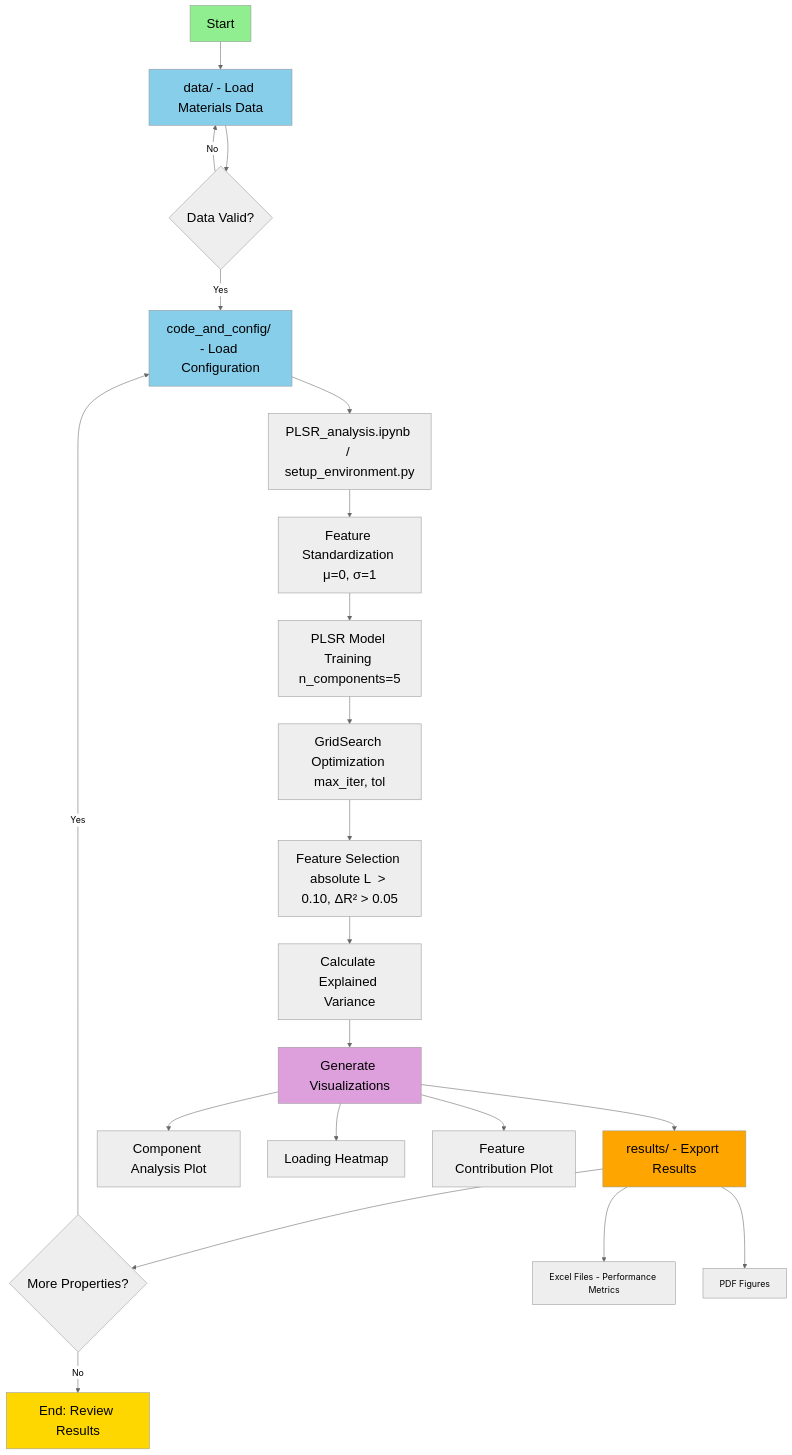
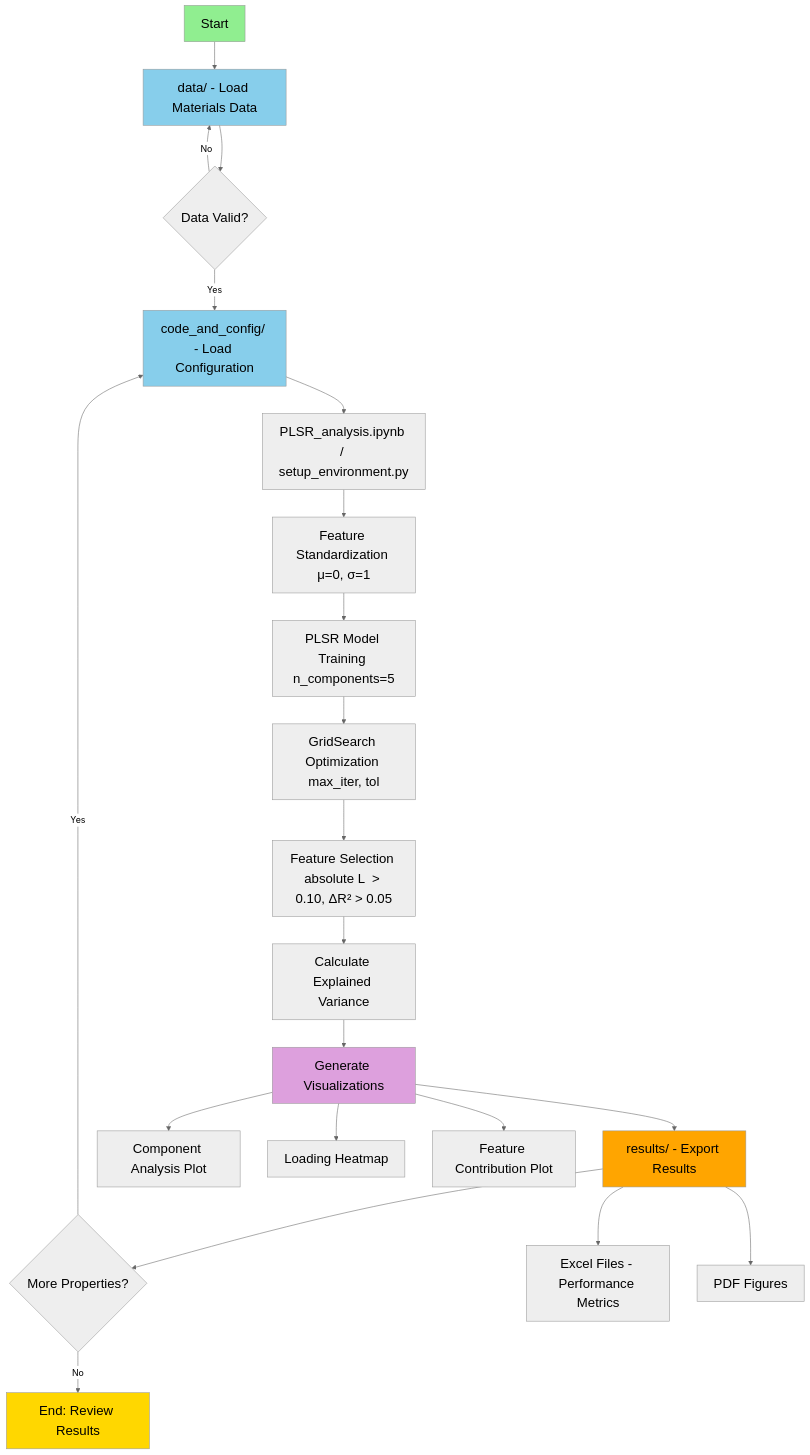
Before and after one commit to Shaswat-qm-researcher/Physics-Informed-Symbolic-Regression-for-Phonon-Related-Property-Prediction-and-Materials-Discovery: the diagram in plsr_feature_selection/README.md, drawn with Mermaid (neutral theme).

````diff
--- a/plsr_feature_selection/README.md
+++ b/plsr_feature_selection/README.md
@@ -24,43 +24,45 @@
 ```mermaid
 flowchart TD
     A[Start] --> B[data/ - Load Materials Data]
     B --> C{Data Valid?}
     C -->|No| B
     C -->|Yes| D[code_and_config/ - Load Configuration]
     D --> E[PLSR_analysis.ipynb / setup_environment.py]
     E --> F[Feature Standardization μ=0, σ=1]
     F --> G[PLSR Model Training n_components=5]
     G --> H[GridSearch Optimization max_iter, tol]
     H --> I[Feature Selection absolute L  > 0.10, ΔR² > 0.05]
     I --> J[Calculate Explained Variance]
     J --> K[Generate Visualizations]
     K --> L[results/ - Export Results]
     L --> M{More Properties?}
     M -->|Yes| D
     M -->|No| N[End: Review Results]
     
     K --> K1[Component Analysis Plot]
     K --> K2[Loading Heatmap]
     K --> K3[Feature Contribution Plot]
     
     L --> L1[Excel Files - Performance Metrics]
     L --> L2[PDF Figures]
 
 style A fill:#90EE90, font-size:24px, font-family:Arial
 style B fill:#87CEEB, font-size:24px, font-family:Arial
 style C font-size:24px, font-family:Arial
 style D fill:#87CEEB, font-size:24px, font-family:Arial
 style E font-size:24px, font-family:Arial
 style F font-size:24px, font-family:Arial
 style G font-size:24px, font-family:Arial
 style H font-size:24px, font-family:Arial
 style I font-size:24px, font-family:Arial
 style J font-size:24px, font-family:Arial
 style K fill:#DDA0DD, font-size:24px, font-family:Arial
 style K1 font-size:24px, font-family:Arial
 style K2 font-size:24px, font-family:Arial
 style K3 font-size:24px, font-family:Arial
 style L fill:#FFA500, font-size:24px, font-family:Arial
+style L1 font-size:24px, font-family:Arial
+style L2 font-size:24px, font-family:Arial
 style M font-size:24px, font-family:Arial
 style N fill:#FFD700, font-size:24px, font-family:Arial
 ```
````
